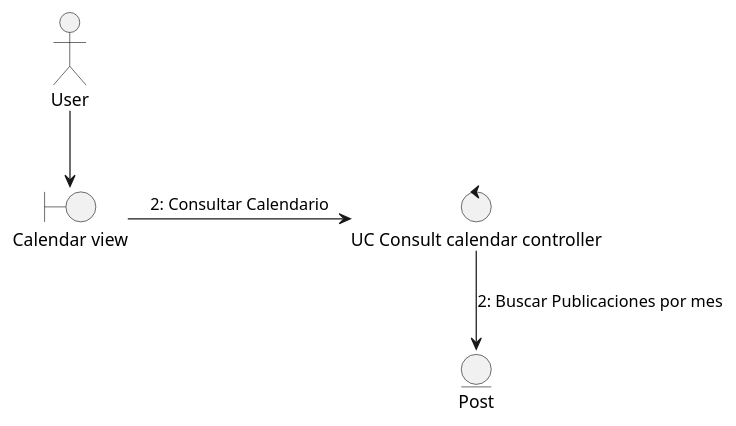
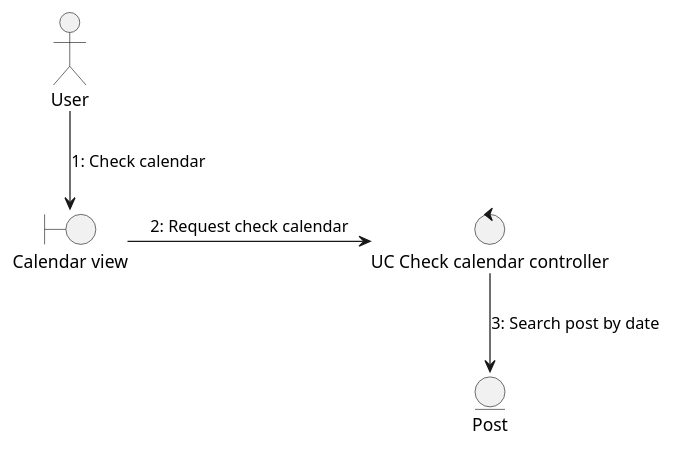
Before and after one commit to Dayannis-07/ING_SOFT: the diagram in docs/scenariosView/collaborationDiagram/useCase-ConsultarCalendario.plantuml, drawn with PlantUML. The commit also changed 7 other files, not shown here.

```diff
--- a/docs/scenariosView/collaborationDiagram/useCase-ConsultarCalendario.plantuml
+++ b/docs/scenariosView/collaborationDiagram/useCase-ConsultarCalendario.plantuml
@@ -1,10 +1,10 @@
 @startuml Consultar Calendario
 actor User as User
 
 boundary "Calendar view" as view
-control "UC Consult calendar controller" as controller
+control "UC Check calendar controller" as controller
 entity Post as P
-User --> view 
-view-r->controller : "2: Consultar Calendario"
-controller-->P : "2: Buscar Publicaciones por mes"
+User --> view : "1: Check calendar"
+view-r->controller : "2: Request check calendar"
+controller-->P : "3: Search post by date"
 @enduml
```
